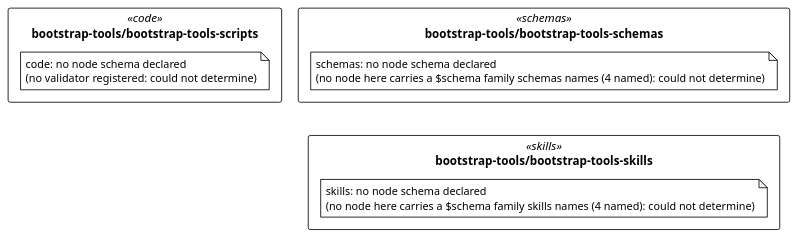
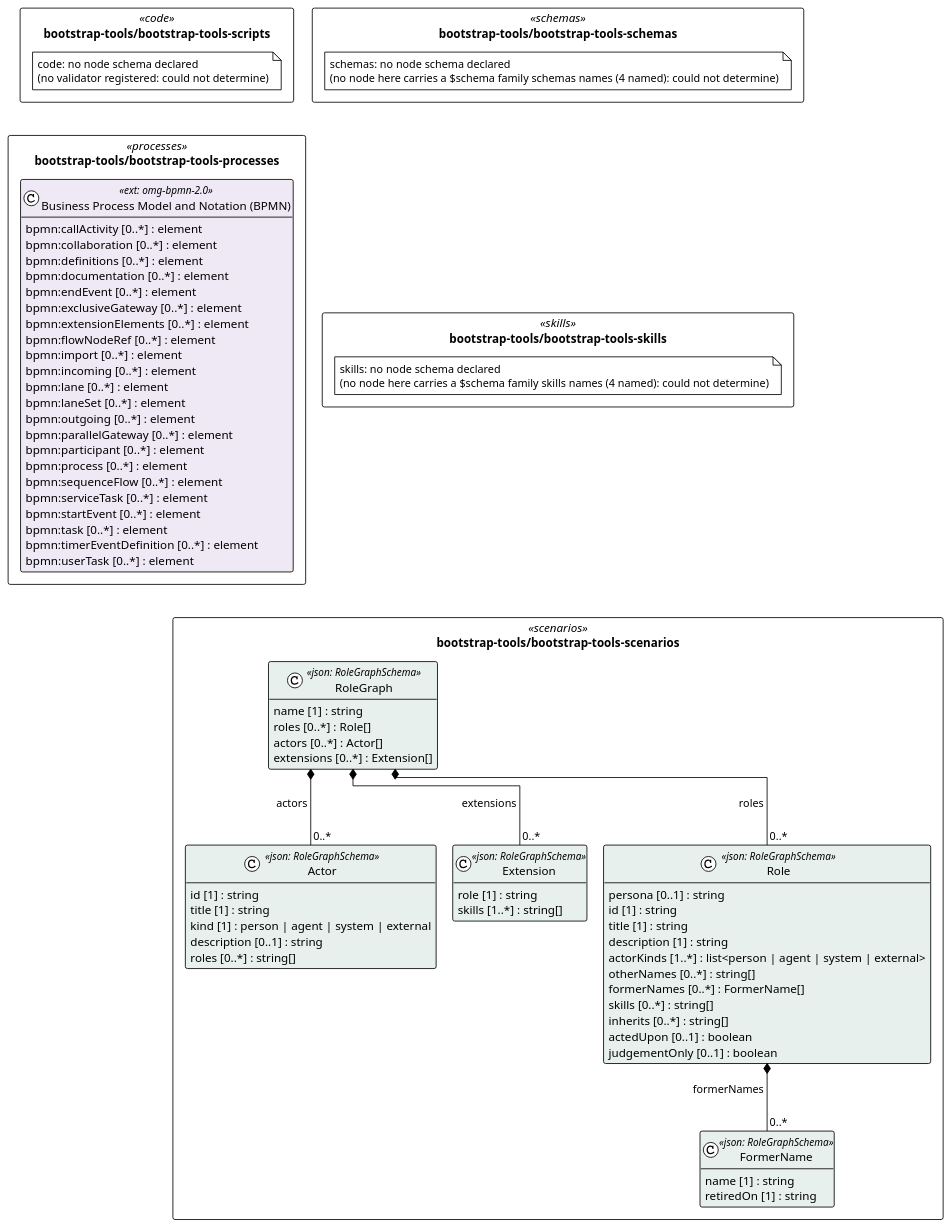
One commit to litlfred/folio-assistant changed the diagram in cat-harness/uml/overview/bootstrap-tools.puml. Above: the diagram before and after it, drawn with PlantUML. The commit also changed 144 other files, not shown here.

```diff
--- a/cat-harness/uml/overview/bootstrap-tools.puml
+++ b/cat-harness/uml/overview/bootstrap-tools.puml
@@ -3,21 +3,89 @@
 @startuml bootstrap_tools
 !pragma layout elk
 !theme plain
 skinparam classAttributeIconSize 0
 skinparam shadowing false
 skinparam packageStyle rectangle
 hide empty methods
 
 package "bootstrap-tools/bootstrap-tools-schemas" as pkg_bootstrap_tools_bootstrap_tools_schemas <<schemas>> {
   note "schemas: no node schema declared\n(no node here carries a $schema family schemas names (4 named): could not determine)" as n_bootstrap_tools_bootstrap_tools_schemas_schemas
 }
 package "bootstrap-tools/bootstrap-tools-scripts" as pkg_bootstrap_tools_bootstrap_tools_scripts <<code>> {
   note "code: no node schema declared\n(no validator registered: could not determine)" as n_bootstrap_tools_bootstrap_tools_scripts_code
 }
 package "bootstrap-tools/bootstrap-tools-skills" as pkg_bootstrap_tools_bootstrap_tools_skills <<skills>> {
   note "skills: no node schema declared\n(no node here carries a $schema family skills names (4 named): could not determine)" as n_bootstrap_tools_bootstrap_tools_skills_skills
 }
+package "bootstrap-tools/bootstrap-tools-processes" as pkg_bootstrap_tools_bootstrap_tools_processes <<processes>> {
+  class "Business Process Model and Notation (BPMN)" as bootstrap_tools_bootstrap_tools_processes_omg_bpmn_2_0 <<ext: omg-bpmn-2.0>> #eee9f5 {
+    bpmn:callActivity [0..*] : element
+    bpmn:collaboration [0..*] : element
+    bpmn:definitions [0..*] : element
+    bpmn:documentation [0..*] : element
+    bpmn:endEvent [0..*] : element
+    bpmn:exclusiveGateway [0..*] : element
+    bpmn:extensionElements [0..*] : element
+    bpmn:flowNodeRef [0..*] : element
+    bpmn:import [0..*] : element
+    bpmn:incoming [0..*] : element
+    bpmn:lane [0..*] : element
+    bpmn:laneSet [0..*] : element
+    bpmn:outgoing [0..*] : element
+    bpmn:parallelGateway [0..*] : element
+    bpmn:participant [0..*] : element
+    bpmn:process [0..*] : element
+    bpmn:sequenceFlow [0..*] : element
+    bpmn:serviceTask [0..*] : element
+    bpmn:startEvent [0..*] : element
+    bpmn:task [0..*] : element
+    bpmn:timerEventDefinition [0..*] : element
+    bpmn:userTask [0..*] : element
+  }
+}
+package "bootstrap-tools/bootstrap-tools-scenarios" as pkg_bootstrap_tools_bootstrap_tools_scenarios <<scenarios>> {
+  class "FormerName" as bootstrap_tools_bootstrap_tools_scenarios_FormerName <<json: RoleGraphSchema>> #e8f0ee {
+    name [1] : string
+    retiredOn [1] : string
+  }
+  class "Role" as bootstrap_tools_bootstrap_tools_scenarios_Role <<json: RoleGraphSchema>> #e8f0ee {
+    persona [0..1] : string
+    id [1] : string
+    title [1] : string
+    description [1] : string
+    actorKinds [1..*] : list<person | agent | system | external>
+    otherNames [0..*] : string[]
+    formerNames [0..*] : FormerName[]
+    skills [0..*] : string[]
+    inherits [0..*] : string[]
+    actedUpon [0..1] : boolean
+    judgementOnly [0..1] : boolean
+  }
+  class "Actor" as bootstrap_tools_bootstrap_tools_scenarios_Actor <<json: RoleGraphSchema>> #e8f0ee {
+    id [1] : string
+    title [1] : string
+    kind [1] : person | agent | system | external
+    description [0..1] : string
+    roles [0..*] : string[]
+  }
+  class "Extension" as bootstrap_tools_bootstrap_tools_scenarios_Extension <<json: RoleGraphSchema>> #e8f0ee {
+    role [1] : string
+    skills [1..*] : string[]
+  }
+  class "RoleGraph" as bootstrap_tools_bootstrap_tools_scenarios_RoleGraph <<json: RoleGraphSchema>> #e8f0ee {
+    name [1] : string
+    roles [0..*] : Role[]
+    actors [0..*] : Actor[]
+    extensions [0..*] : Extension[]
+  }
+}
 
-' grid: portrait, 2 column(s) — pkg_bootstrap_tools_bootstrap_tools_schemas pkg_bootstrap_tools_bootstrap_tools_scripts pkg_bootstrap_tools_bootstrap_tools_skills
+bootstrap_tools_bootstrap_tools_scenarios_Role *-- "0..*" bootstrap_tools_bootstrap_tools_scenarios_FormerName : formerNames
+bootstrap_tools_bootstrap_tools_scenarios_RoleGraph *-- "0..*" bootstrap_tools_bootstrap_tools_scenarios_Role : roles
+bootstrap_tools_bootstrap_tools_scenarios_RoleGraph *-- "0..*" bootstrap_tools_bootstrap_tools_scenarios_Actor : actors
+bootstrap_tools_bootstrap_tools_scenarios_RoleGraph *-- "0..*" bootstrap_tools_bootstrap_tools_scenarios_Extension : extensions
+' grid: portrait, 2 column(s) — pkg_bootstrap_tools_bootstrap_tools_schemas pkg_bootstrap_tools_bootstrap_tools_scripts pkg_bootstrap_tools_bootstrap_tools_skills pkg_bootstrap_tools_bootstrap_tools_processes pkg_bootstrap_tools_bootstrap_tools_scenarios
 pkg_bootstrap_tools_bootstrap_tools_schemas -[hidden]down- pkg_bootstrap_tools_bootstrap_tools_skills
+pkg_bootstrap_tools_bootstrap_tools_scripts -[hidden]down- pkg_bootstrap_tools_bootstrap_tools_processes
+pkg_bootstrap_tools_bootstrap_tools_skills -[hidden]down- pkg_bootstrap_tools_bootstrap_tools_scenarios
 @enduml
```
